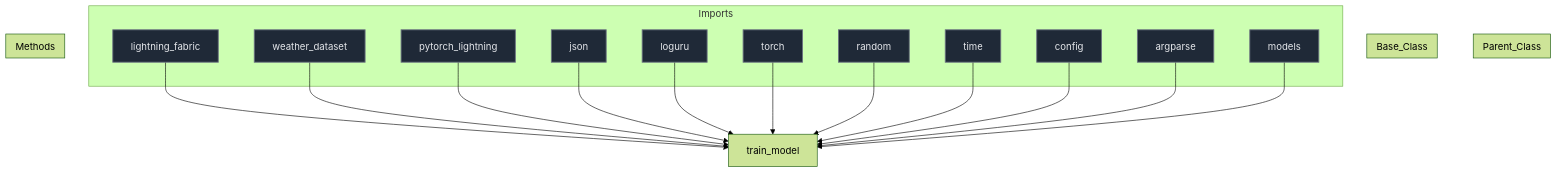
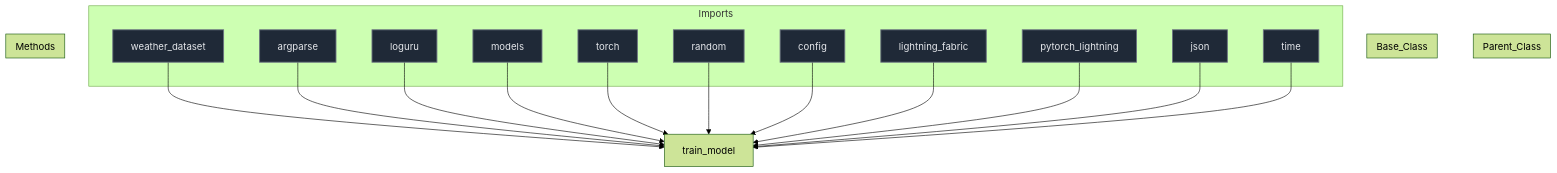
One commit to mllam/neural-lam changed the diagram in docs/diagrams/train_model_diagram.md. Above: the diagram before and after it, drawn with Mermaid (forest theme). The commit also changed 21 other files, not shown here.

Commit message:
Auto-update Mermaid diagrams

````diff
--- a/docs/diagrams/train_model_diagram.md
+++ b/docs/diagrams/train_model_diagram.md
@@ -1,51 +1,51 @@
 ```mermaid
 %%{init: {'flowchart': {'nodeSpacing': 60, 'rankSpacing': 80}}}%%
 flowchart TD
 
 module["train_model"]
 
 subgraph Parent_Class
 end
 
 subgraph Base_Class
 end
 
 
 subgraph Imports
+    weather_dataset["weather_dataset"]
+    argparse["argparse"]
+    loguru["loguru"]
+    models["models"]
+    torch["torch"]
+    random["random"]
+    config["config"]
     lightning_fabric["lightning_fabric"]
-    weather_dataset["weather_dataset"]
     pytorch_lightning["pytorch_lightning"]
     json["json"]
-    loguru["loguru"]
-    torch["torch"]
-    random["random"]
     time["time"]
-    config["config"]
-    argparse["argparse"]
-    models["models"]
 end
 
+    weather_dataset --> module
+    argparse --> module
+    loguru --> module
+    models --> module
+    torch --> module
+    random --> module
+    config --> module
     lightning_fabric --> module
-    weather_dataset --> module
     pytorch_lightning --> module
     json --> module
-    loguru --> module
-    torch --> module
-    random --> module
     time --> module
-    config --> module
-    argparse --> module
-    models --> module
 
 subgraph Methods
 end
 
 
 classDef parent fill:#0f172a,stroke:#3b82f6,stroke-width:2px,color:#f1f5f9,font-size:16px
 classDef base fill:#78350f,stroke:#f59e0b,stroke-width:1px,color:#fde68a,font-size:16px
 classDef import fill:#1f2937,stroke:#6b7280,stroke-width:1.5px,color:#e5e7eb,font-size:16px
 classDef method fill:#2d043f,stroke:#7c3aed,stroke-width:1.5px,color:#ede9fe,font-size:16px
 classDef callNode fill:#064e3b,stroke:#10b981,stroke-width:1.5px,color:#d1fae5,font-size:16px
-class lightning_fabric,weather_dataset,pytorch_lightning,json,loguru,torch,random,time,config,argparse,models import
+class weather_dataset,argparse,loguru,models,torch,random,config,lightning_fabric,pytorch_lightning,json,time import
 
 ```
````
